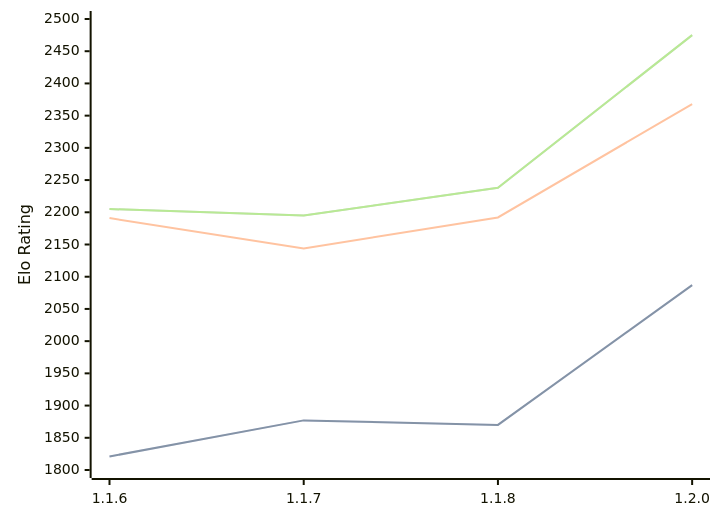
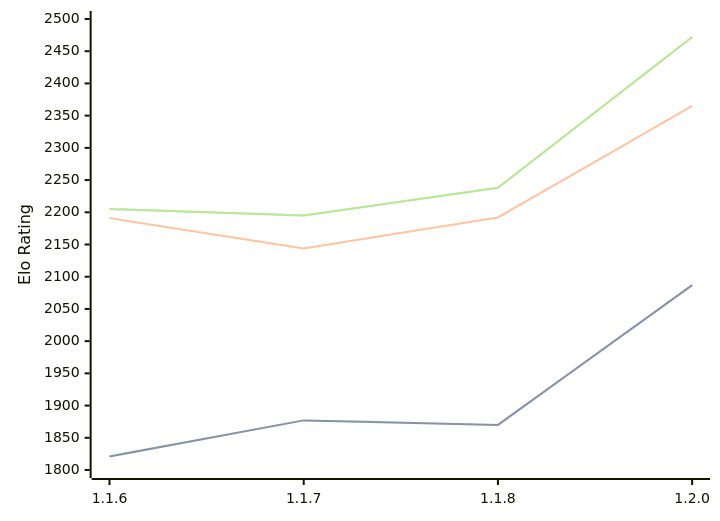
The diagram in engines/Soomi.md (computer-chess-index/cci), drawn with Mermaid before and after one commit. The commit also changed other lines of this file, not shown here.

Commit message:
Update CCI Ratings (ELO VLTC) - 2026-03-10

````diff
--- a/engines/Soomi.md
+++ b/engines/Soomi.md
@@ -32,11 +32,11 @@
 ```mermaid
 %%{init: {"theme":"base","themeVariables":{"seriesColors:['#a3a3a3','#222221','#faa371']}}}%%
 xychart-beta
   x-axis ["1.1.6", "1.1.7", "1.1.8", "1.2.0"]
   y-axis "Elo Rating" 1800 --> 2500
   line "STC (8.0+0.08s)" [1821, 1877, 1870, 2087]
   line "STC (8.0+0.08s)" [1821, 1877, 1870, 2087]
-  line "LTC (60.0+0.60s)" [2191, 2144, 2192, 2368]
-  line "VLTC (2m24s+1.12s)" [2205, 2195, 2238, 2475]
-  line "VLTC (2m24s+1.12s)" [2205, 2195, 2238, 2475]
+  line "LTC (60.0+0.60s)" [2191, 2144, 2192, 2365]
+  line "VLTC (2m24s+1.12s)" [2205, 2195, 2238, 2472]
+  line "VLTC (2m24s+1.12s)" [2205, 2195, 2238, 2472]
 ```
````
